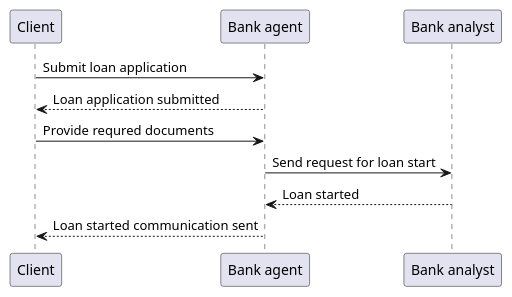
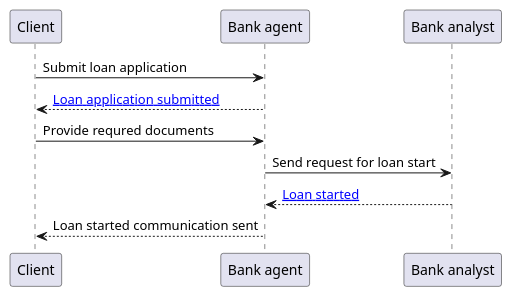
One commit to PawelJaworski/ddd-loan-application changed the diagram in model/activity diagram.puml. Above: the diagram before and after it, drawn with PlantUML. The commit also changed 1 other file, not shown here.

```diff
--- a/model/activity diagram.puml
+++ b/model/activity diagram.puml
@@ -1,8 +1,8 @@
 @startuml
 Client -> "Bank agent" : Submit loan application
-"Bank agent" --> "Client" : Loan application submitted
+"Bank agent" --> "Client" : [[https://github.com/PawelJaworski/ddd-loan-application/blob/8ba316f82c901532783b6ff2bf88a2352106b765/src/main/java/pl/javorek/ddd/service/applicationforloan/domain/event/DomainEvent.java#L14 Loan application submitted]]
 Client -> "Bank agent" : Provide requred documents
 "Bank agent" -> "Bank analyst" : Send request for loan start
-"Bank analyst" --> "Bank agent" : Loan started
+"Bank analyst" --> "Bank agent" : [[https://github.com/PawelJaworski/ddd-loan-application/blob/8ba316f82c901532783b6ff2bf88a2352106b765/src/main/java/pl/javorek/ddd/service/applicationforloan/domain/event/DomainEvent.java#L29 Loan started]]
 "Bank agent" --> "Client" : Loan started communication sent
 @enduml
```
